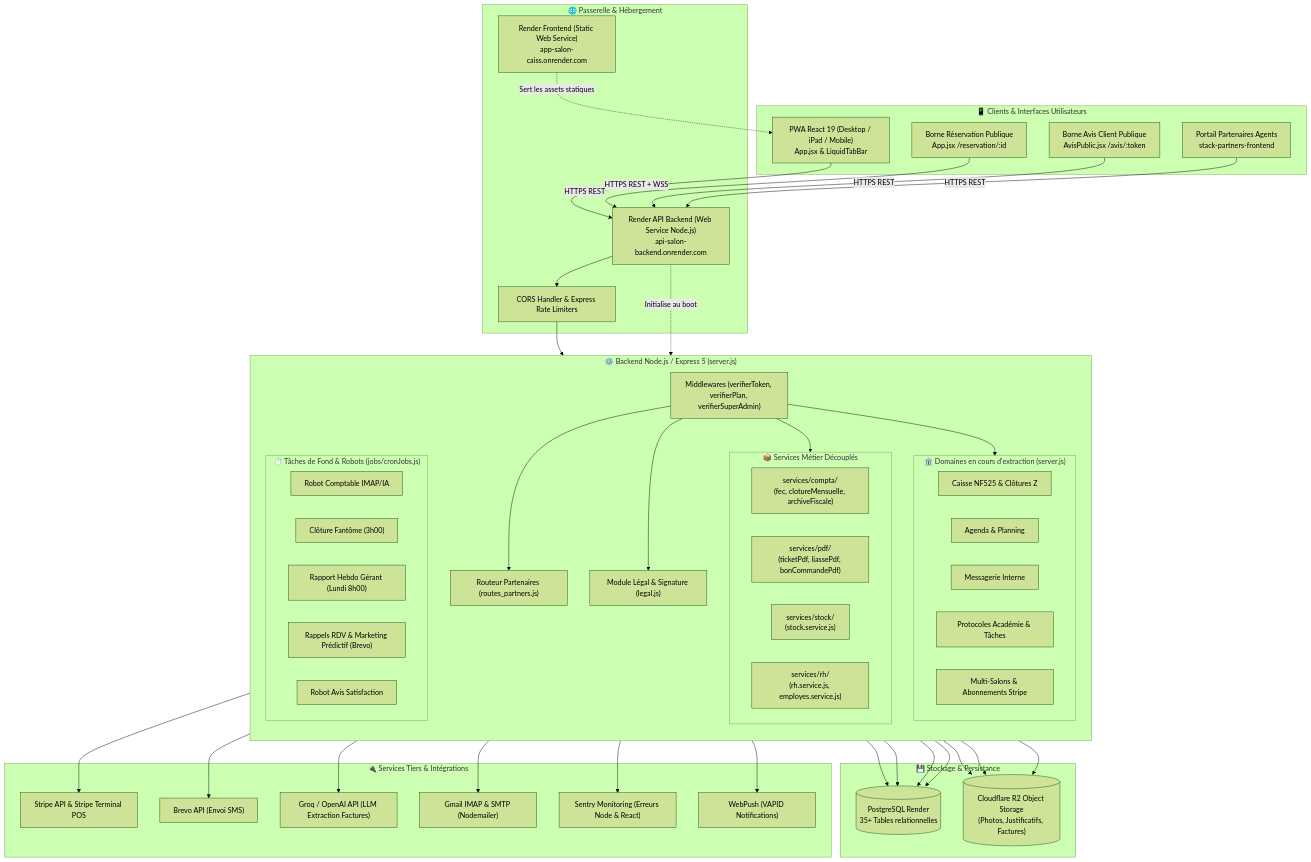
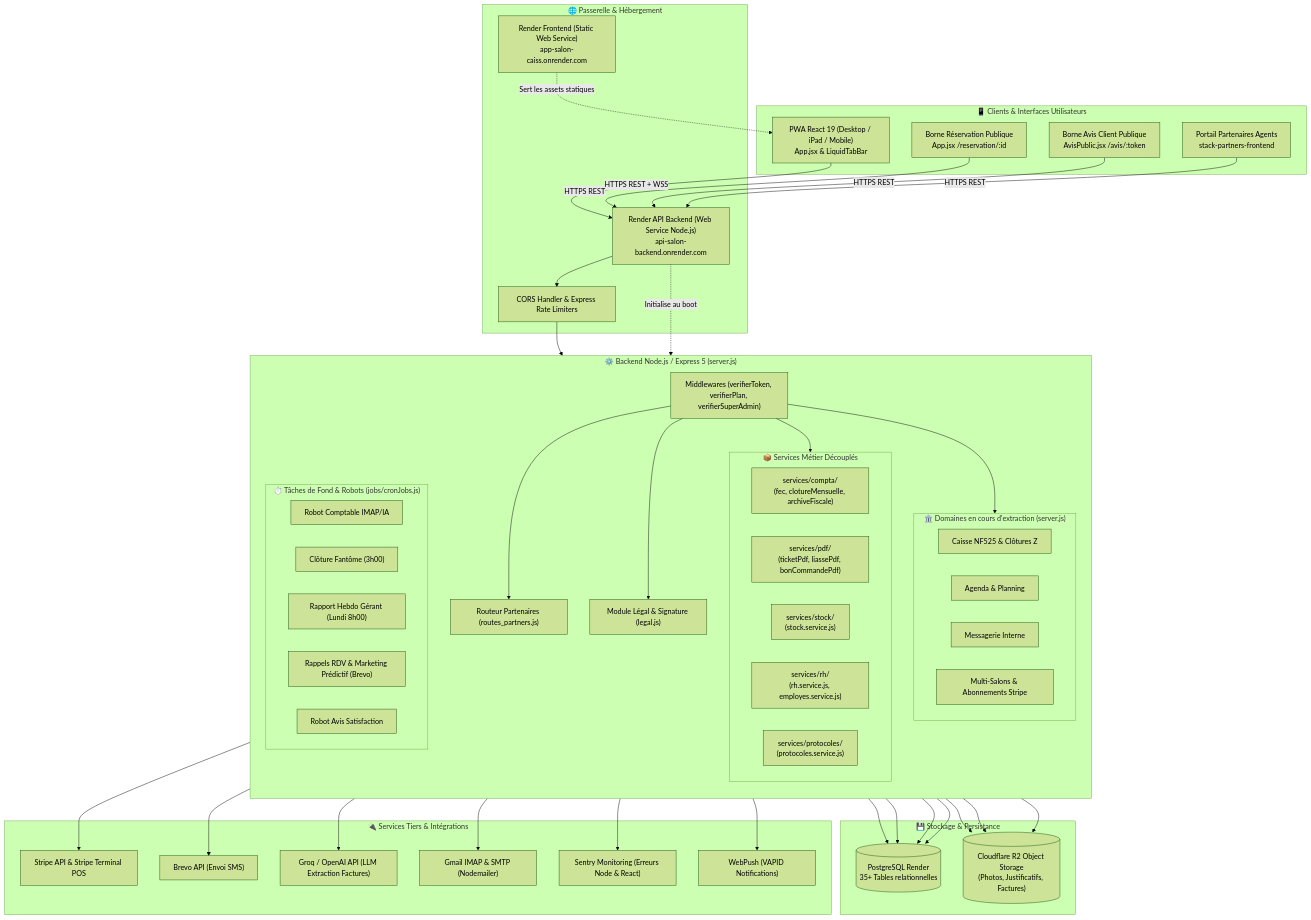
One commit to valentin-td/APP changed the first of 5 diagrams in docs/ARCHITECTURE.md. Above: the diagram before and after it, drawn with Mermaid (forest theme). The commit also changed other lines of this file and 4 other files, not shown here.

Commit message:
refactor: extraction du module protocoles et taches (services/protocoles)

```diff
--- a/docs/ARCHITECTURE.md
+++ b/docs/ARCHITECTURE.md
@@ -49,13 +49,13 @@
             SRV_PDF["services/pdf/<br/>(ticketPdf, liassePdf, bonCommandePdf)"]
             SRV_Stock["services/stock/<br/>(stock.service.js)"]
             SRV_RH["services/rh/<br/>(rh.service.js, employes.service.js)"]
+            SRV_Proto["services/protocoles/<br/>(protocoles.service.js)"]
         end
 
         subgraph CoreMonolith["🏛️ Domaines en cours d'extraction (server.js)"]
             DomainCaisse["Caisse NF525 & Clôtures Z"]
             DomainAgenda["Agenda & Planning"]
             DomainChat["Messagerie Interne"]
-            DomainProto["Protocoles Académie & Tâches"]
             DomainSalons["Multi-Salons & Abonnements Stripe"]
         end
 
```
